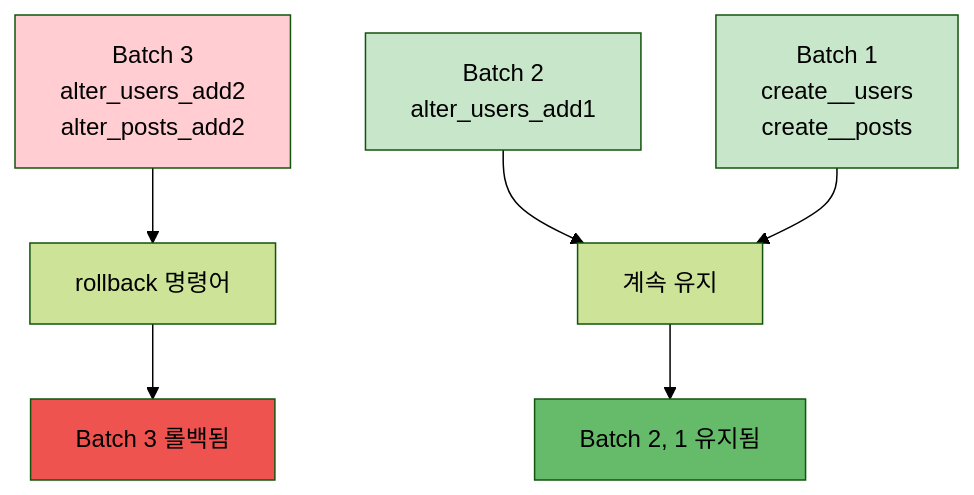
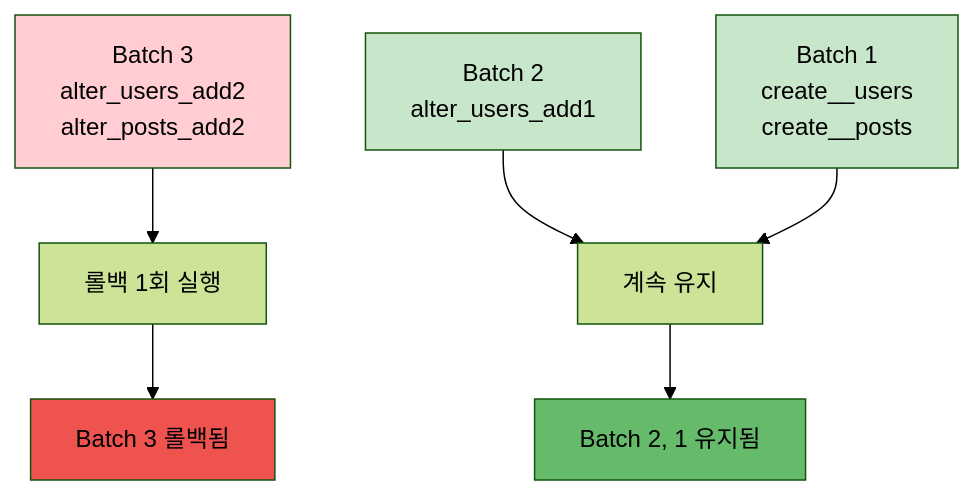
The diagram in modules/docs/ko/database/migrations/rolling-back.mdx (cartanova-ai/sonamu), drawn with Mermaid (forest theme) before and after one commit. The commit also changed other lines of this file and 5 other files, not shown here.

````diff
--- a/modules/docs/ko/database/migrations/rolling-back.mdx
+++ b/modules/docs/ko/database/migrations/rolling-back.mdx
@@ -240,15 +225,15 @@
 ```mermaid
 flowchart TD
-    A[Batch 3<br/>alter_users_add2<br/>alter_posts_add2] --> B[rollback 명령어]
+    A[Batch 3<br/>alter_users_add2<br/>alter_posts_add2] --> B[롤백 1회 실행]
     C[Batch 2<br/>alter_users_add1] --> D[계속 유지]
     E[Batch 1<br/>create__users<br/>create__posts] --> D
 
     B --> F[Batch 3 롤백됨]
     D --> G[Batch 2, 1 유지됨]
 
     style A fill:#ffcdd2
     style C fill:#c8e6c9
     style E fill:#c8e6c9
     style F fill:#ef5350
     style G fill:#66bb6a
 ```
````
